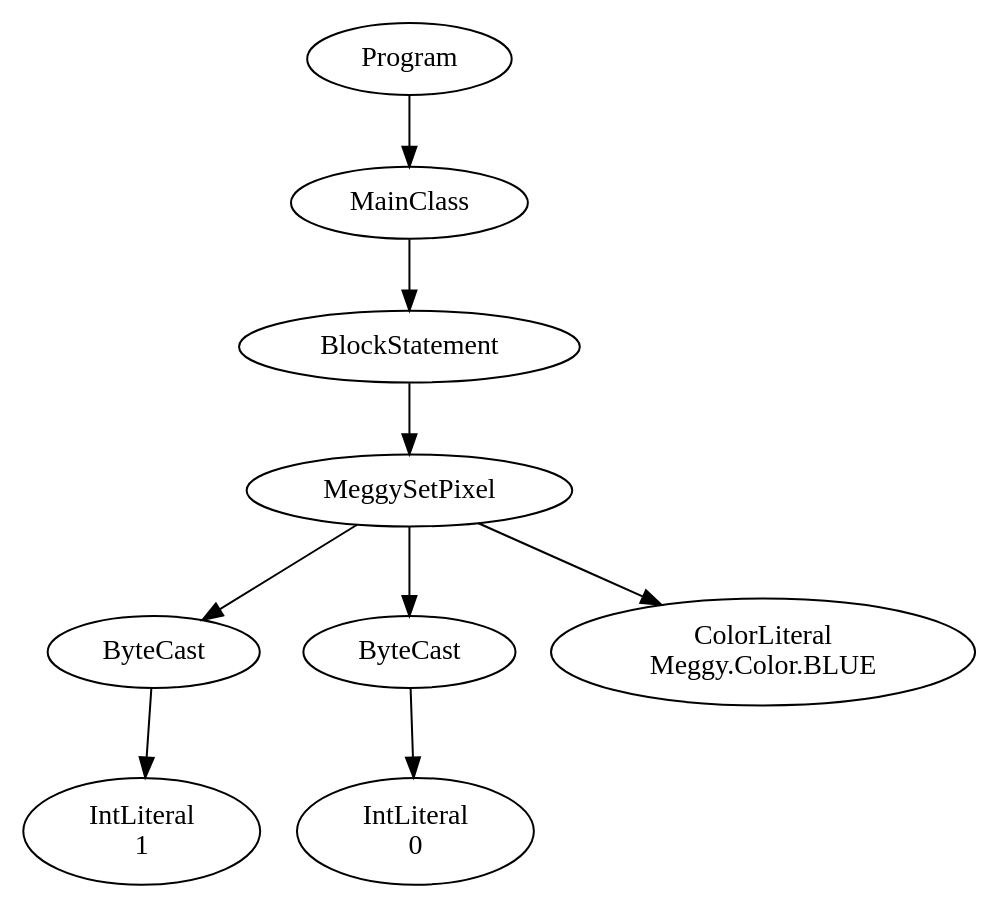
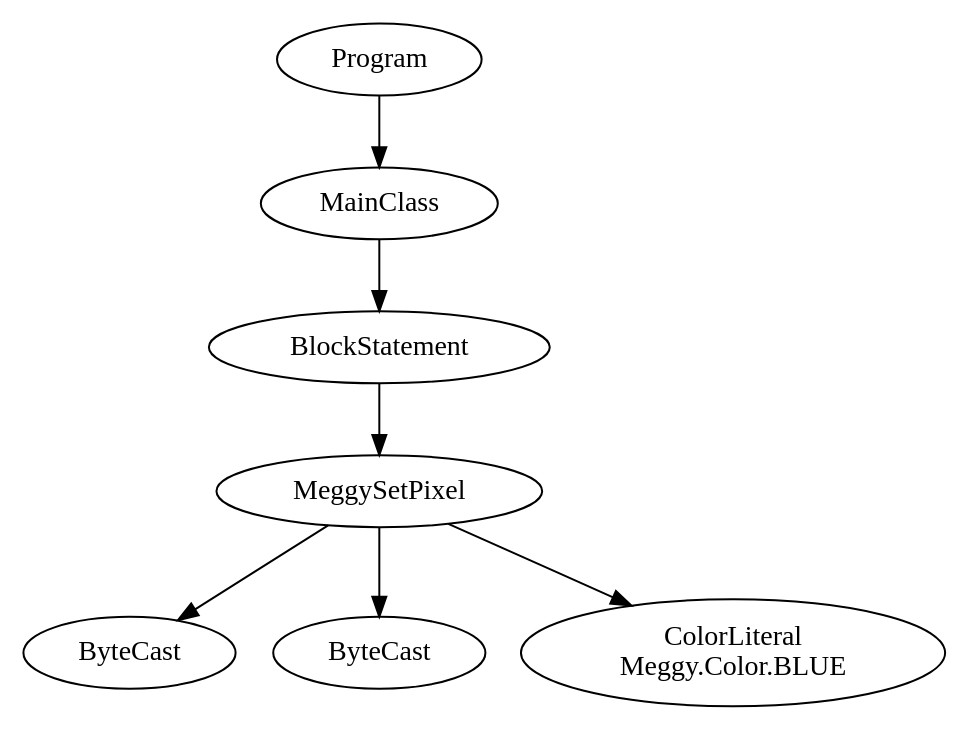
One commit to karmaUdel/Meggy-Java-Compiler changed the diagram in Test1.java.ast.dot. Above: the diagram before and after it, drawn with Graphviz. The commit also changed 10 other files, not shown here.

```diff
--- a/Test1.java.ast.dot
+++ b/Test1.java.ast.dot
@@ -1,19 +1,15 @@
 digraph ASTGraph {
 0 [ label="Program" ];
 1 [ label="MainClass" ];
 0 -> 1
 2 [ label="BlockStatement" ];
 1 -> 2
 3 [ label="MeggySetPixel" ];
 2 -> 3
 4 [ label="ByteCast" ];
 3 -> 4
-5 [ label="IntLiteral\n1" ];
-4 -> 5
-6 [ label="ByteCast" ];
+5 [ label="ByteCast" ];
+3 -> 5
+6 [ label="ColorLiteral\nMeggy.Color.BLUE" ];
 3 -> 6
-7 [ label="IntLiteral\n0" ];
-6 -> 7
-8 [ label="ColorLiteral\nMeggy.Color.BLUE" ];
-3 -> 8
 }
```
